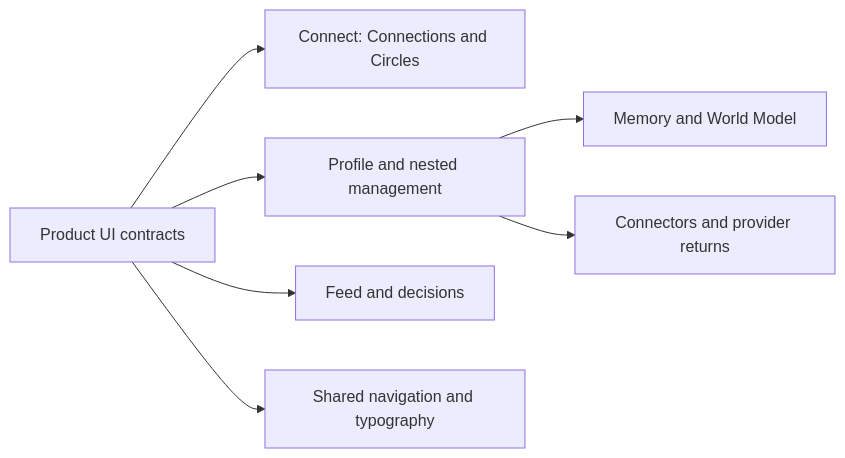
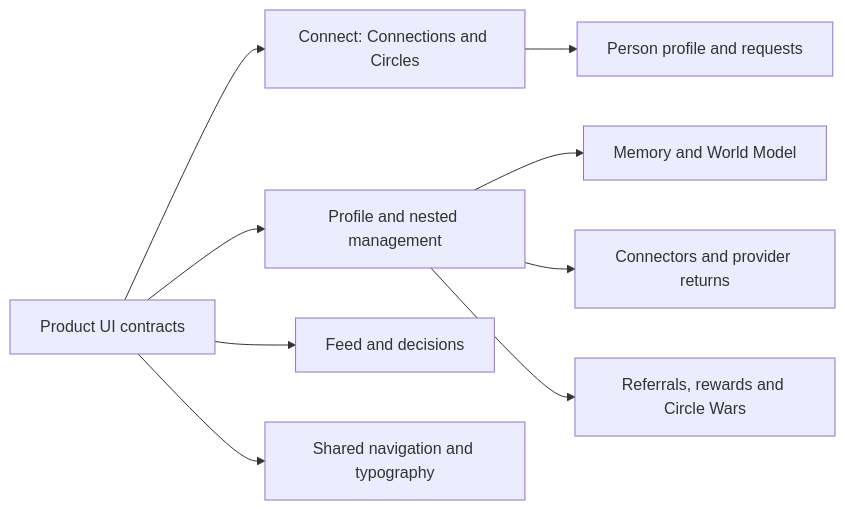
Before and after one commit to hushh-labs/hushh-research: the diagram in hushh-webapp/docs/ui-contracts/README.md, drawn with Mermaid. The commit also changed other lines of this file and 10 other files, not shown here.

````diff
--- a/hushh-webapp/docs/ui-contracts/README.md
+++ b/hushh-webapp/docs/ui-contracts/README.md
@@ -5,9 +5,11 @@
 ```mermaid
 flowchart LR
   index["Product UI contracts"] --> connect["Connect: Connections and Circles"]
   index --> profile["Profile and nested management"]
   index --> feed["Feed and decisions"]
   index --> nav["Shared navigation and typography"]
+  connect --> person["Person profile and requests"]
   profile --> memory["Memory and World Model"]
   profile --> connectors["Connectors and provider returns"]
+  profile --> referrals["Referrals, rewards and Circle Wars"]
 ```
````
